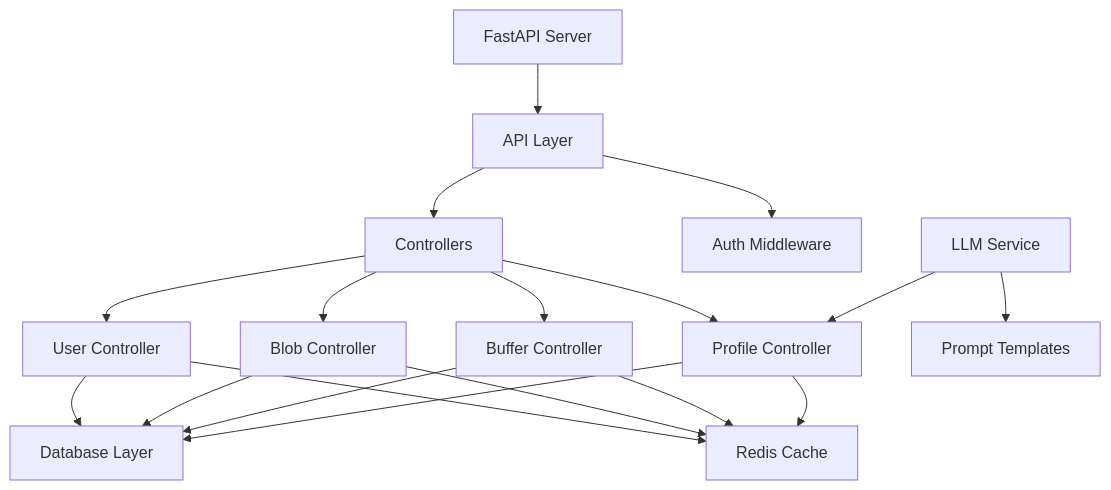
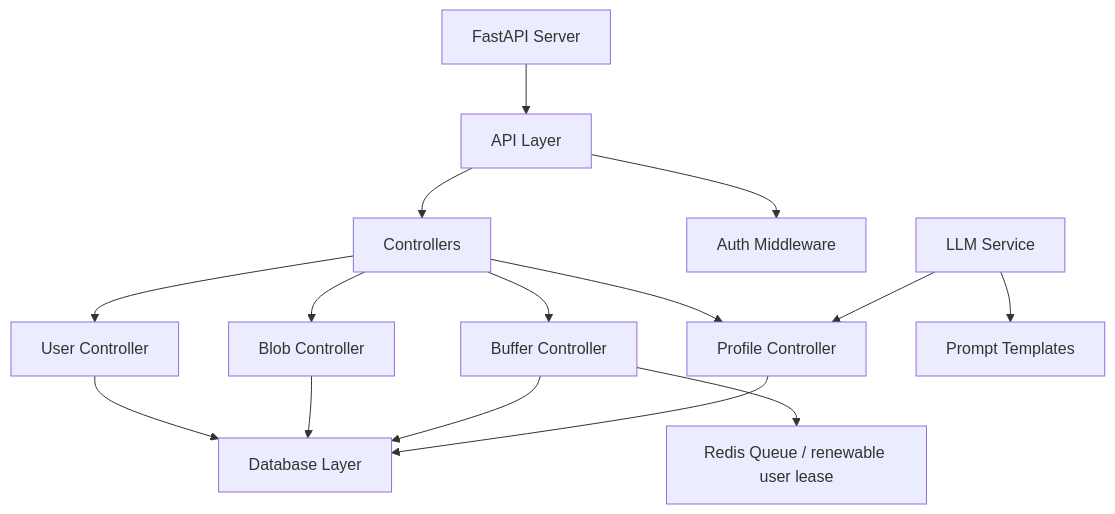
Before and after one commit to jianify-llc/memoia: the first of 3 diagrams in src/server/api/DEVELOPMENT.md, drawn with Mermaid. The commit also changed other lines of this file and 79 other files, not shown here.

````diff
--- a/src/server/api/DEVELOPMENT.md
+++ b/src/server/api/DEVELOPMENT.md
@@ -16,17 +21,17 @@
 ```mermaid
 graph TD
     A[FastAPI Server] --> B[API Layer]
     B --> C[Controllers]
     B --> D[Auth Middleware]
     
     C --> E[User Controller]
     C --> F[Blob Controller]
     C --> G[Buffer Controller]
     C --> H[Profile Controller]
     
     E & F & G & H --> I[Database Layer]
-    E & F & G & H --> J[Redis Cache]
+    G --> J[Redis Queue / renewable user lease]
     
     K[LLM Service] --> H
     K --> L[Prompt Templates]
 ```
````
